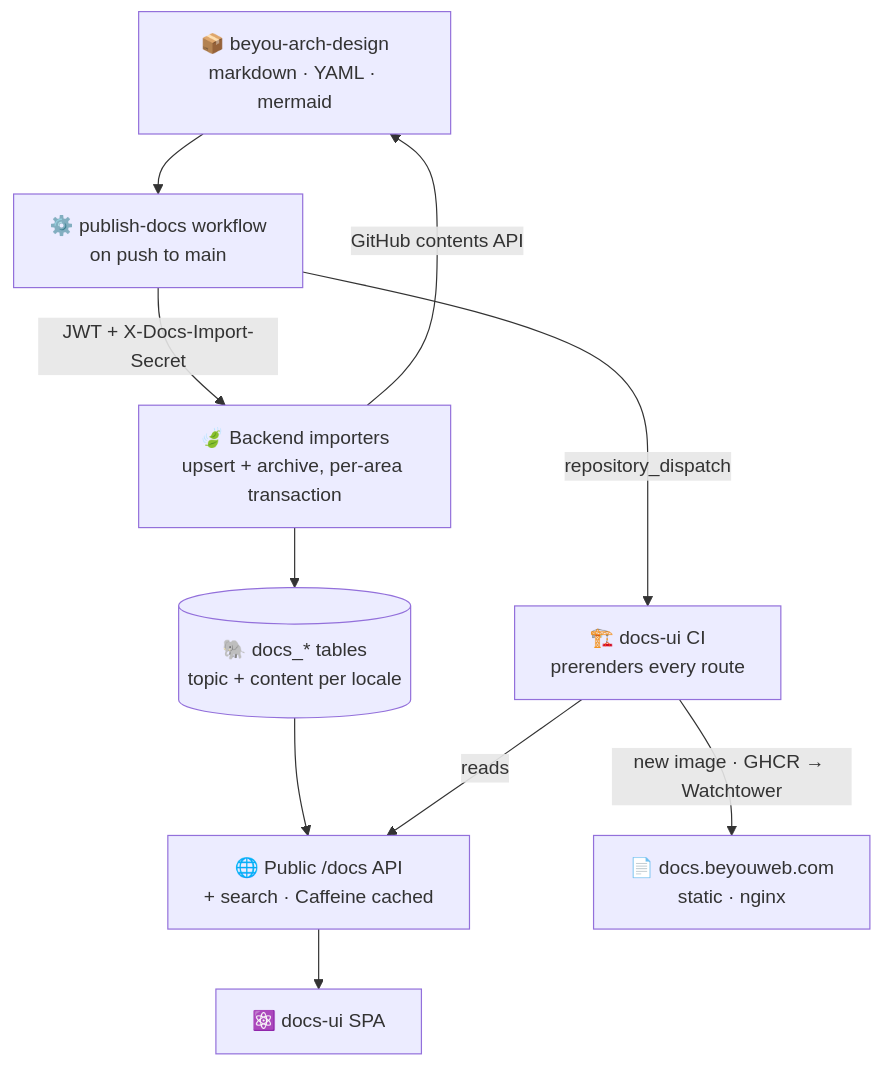
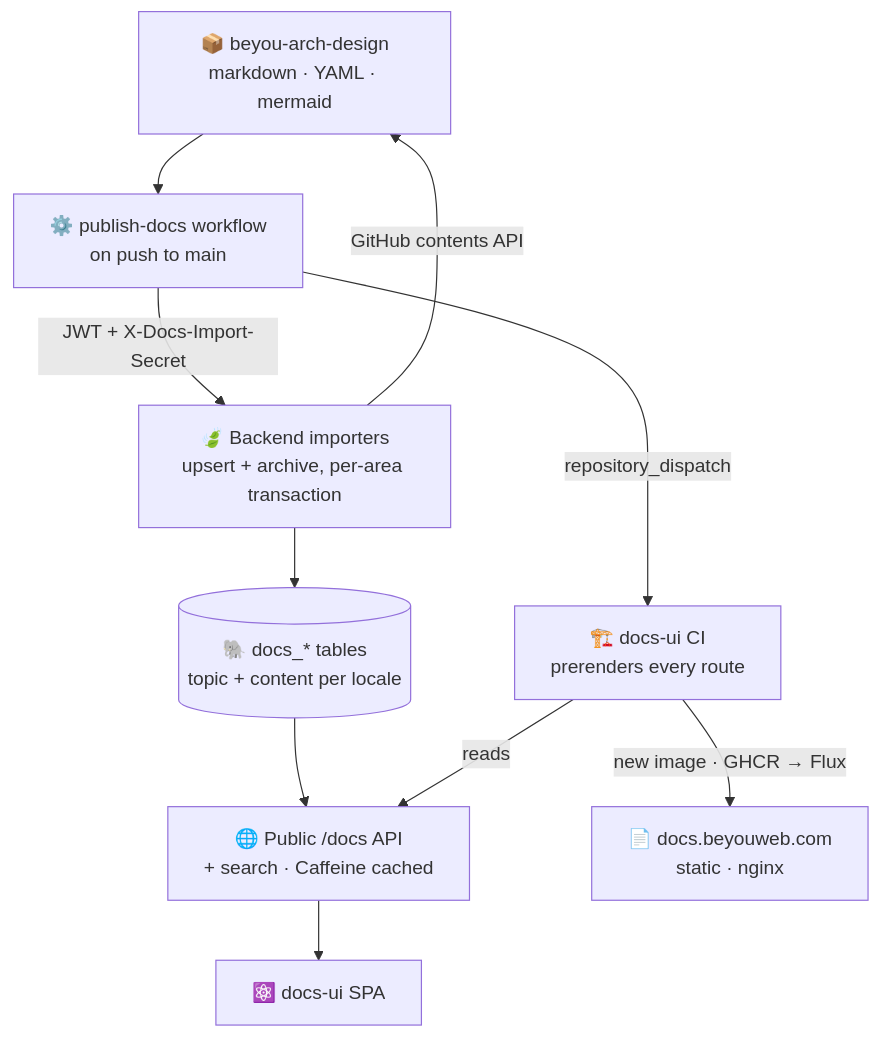
The diagram in architecture/docs-system/diagram.mmd (AndDev741/Beyou-arch-design), drawn with Mermaid before and after one commit. The commit also changed 29 other files, not shown here.

```diff
--- a/architecture/docs-system/diagram.mmd
+++ b/architecture/docs-system/diagram.mmd
@@ -1,19 +1,19 @@
 flowchart TD
   GH["📦 beyou-arch-design<br/>markdown · YAML · mermaid"]
   WF["⚙️ publish-docs workflow<br/>on push to main"]
   BE["🍃 Backend importers<br/>upsert + archive, per-area transaction"]
   DB[("🐘 docs_* tables<br/>topic + content per locale")]
   API["🌐 Public /docs API<br/>+ search · Caffeine cached"]
   UI["⚛️ docs-ui SPA"]
   CI["🏗️ docs-ui CI<br/>prerenders every route"]
   LIVE["📄 docs.beyouweb.com<br/>static · nginx"]
 
   GH --> WF
   WF -->|"JWT + X-Docs-Import-Secret"| BE
   BE -->|"GitHub contents API"| GH
   BE --> DB
   DB --> API
   API --> UI
   WF -->|"repository_dispatch"| CI
   CI -->|"reads"| API
-  CI -->|"new image · GHCR → Watchtower"| LIVE
+  CI -->|"new image · GHCR → Flux"| LIVE
```
